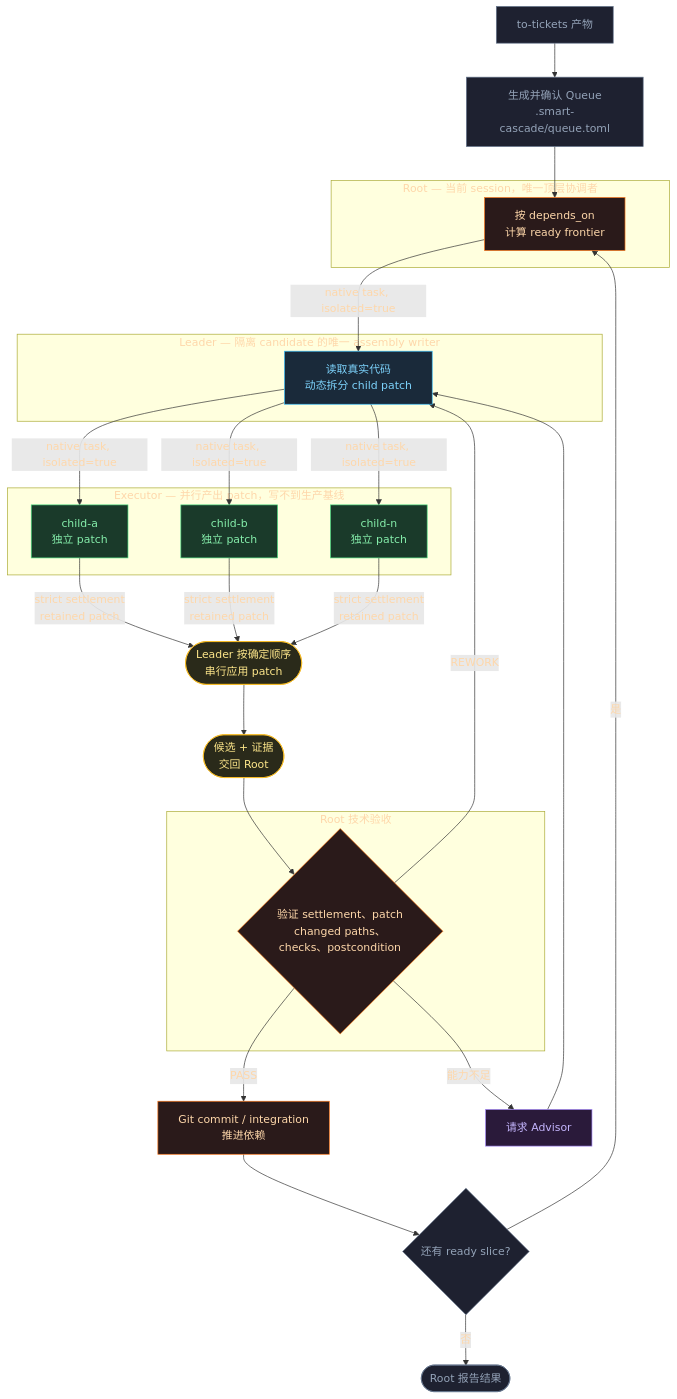
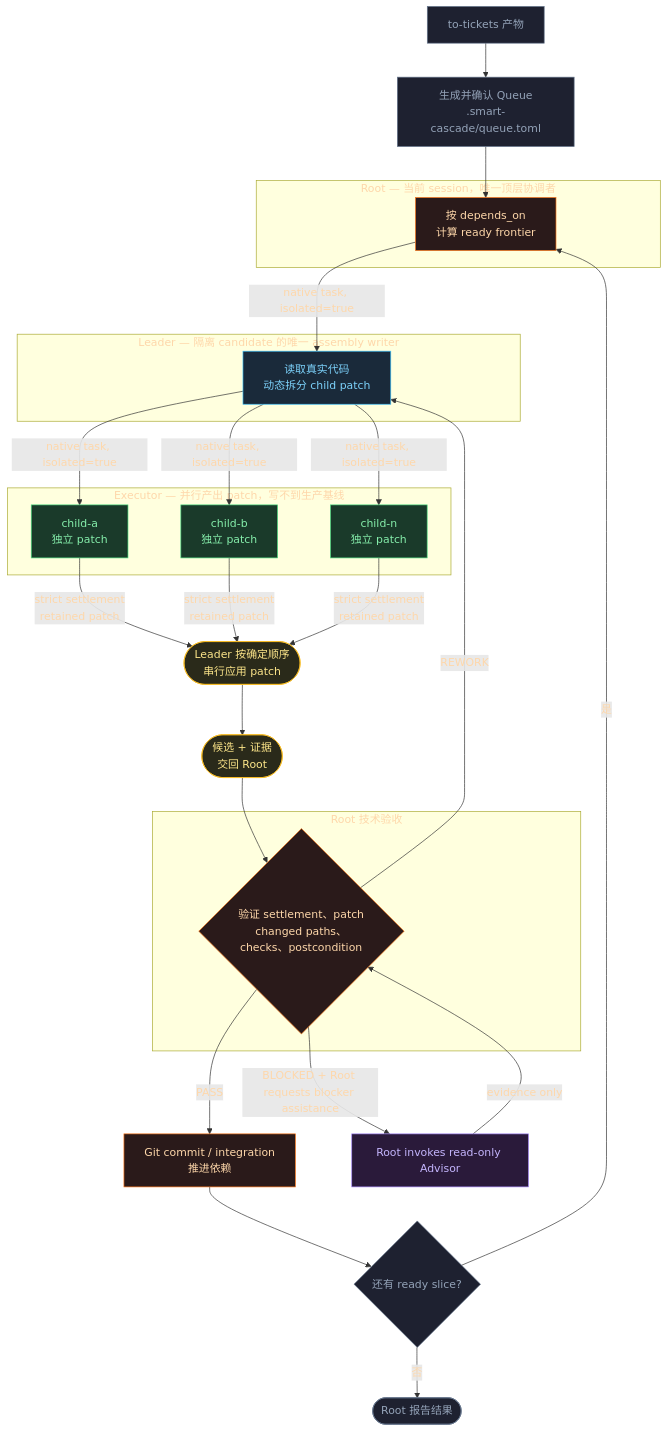
The diagram in README.md (shttty/smart-cascade), drawn with Mermaid before and after one commit. The commit also changed 12 other files, not shown here.

Commit message:
fix: reserve Advisor for explicit blocker resolution

````diff
--- a/README.md
+++ b/README.md
@@ -15,54 +15,54 @@
 ```mermaid
 flowchart TD
     TICKETS["to-tickets 产物"] --> QUEUE["生成并确认 Queue<br/>.smart-cascade/queue.toml"]
     QUEUE --> ROOT
 
     subgraph ROOTLAYER["Root — 当前 session，唯一顶层协调者"]
         ROOT["按 depends_on<br/>计算 ready frontier"]
     end
 
     ROOT -->|"native task, isolated=true"| LEADER
 
     subgraph LEADERLAYER["Leader — 隔离 candidate 的唯一 assembly writer"]
         LEADER["读取真实代码<br/>动态拆分 child patch"]
     end
 
     LEADER -->|"native task, isolated=true"| EX1 & EX2 & EX3
 
     subgraph EXLAYER["Executor — 并行产出 patch，写不到生产基线"]
         EX1["child-a<br/>独立 patch"]
         EX2["child-b<br/>独立 patch"]
         EX3["child-n<br/>独立 patch"]
     end
 
     EX1 & EX2 & EX3 -->|"strict settlement<br/>retained patch"| ASSEMBLE
     ASSEMBLE(["Leader 按确定顺序<br/>串行应用 patch"]) --> CANDIDATE
     CANDIDATE(["候选 + 证据<br/>交回 Root"]) --> VERIFY
 
     subgraph VERIFYLAYER["Root 技术验收"]
         VERIFY{"验证 settlement、patch<br/>changed paths、checks、postcondition"}
     end
 
     VERIFY -->|"PASS"| COMMIT["Git commit / integration<br/>推进依赖"]
     VERIFY -->|"REWORK"| LEADER
-    VERIFY -->|"能力不足"| ADVISOR["请求 Advisor"]
-    ADVISOR --> LEADER
+    VERIFY -->|"BLOCKED + Root requests blocker assistance"| ADVISOR["Root invokes read-only Advisor"]
+    ADVISOR -->|"evidence only"| VERIFY
 
     COMMIT --> NEXT{"还有 ready slice?"}
     NEXT -->|"是"| ROOT
     NEXT -->|"否"| DONE(["Root 报告结果"])
 
     classDef root fill:#2a1a1a,stroke:#f97316,color:#fed7aa
     classDef leader fill:#1a2a3a,stroke:#38bdf8,color:#7dd3fc
     classDef executor fill:#1a3a2a,stroke:#4ade80,color:#86efac
     classDef advisor fill:#2a1a3a,stroke:#a78bfa,color:#c4b5fd
     classDef terminal fill:#1e2130,stroke:#64748b,color:#94a3b8
     classDef merge fill:#2a2a1a,stroke:#fbbf24,color:#fde68a
 
     class ROOT,VERIFY,COMMIT root
     class LEADER leader
     class EX1,EX2,EX3 executor
     class ADVISOR advisor
     class TICKETS,QUEUE,DONE,NEXT terminal
     class ASSEMBLE,CANDIDATE merge
 ```
````
